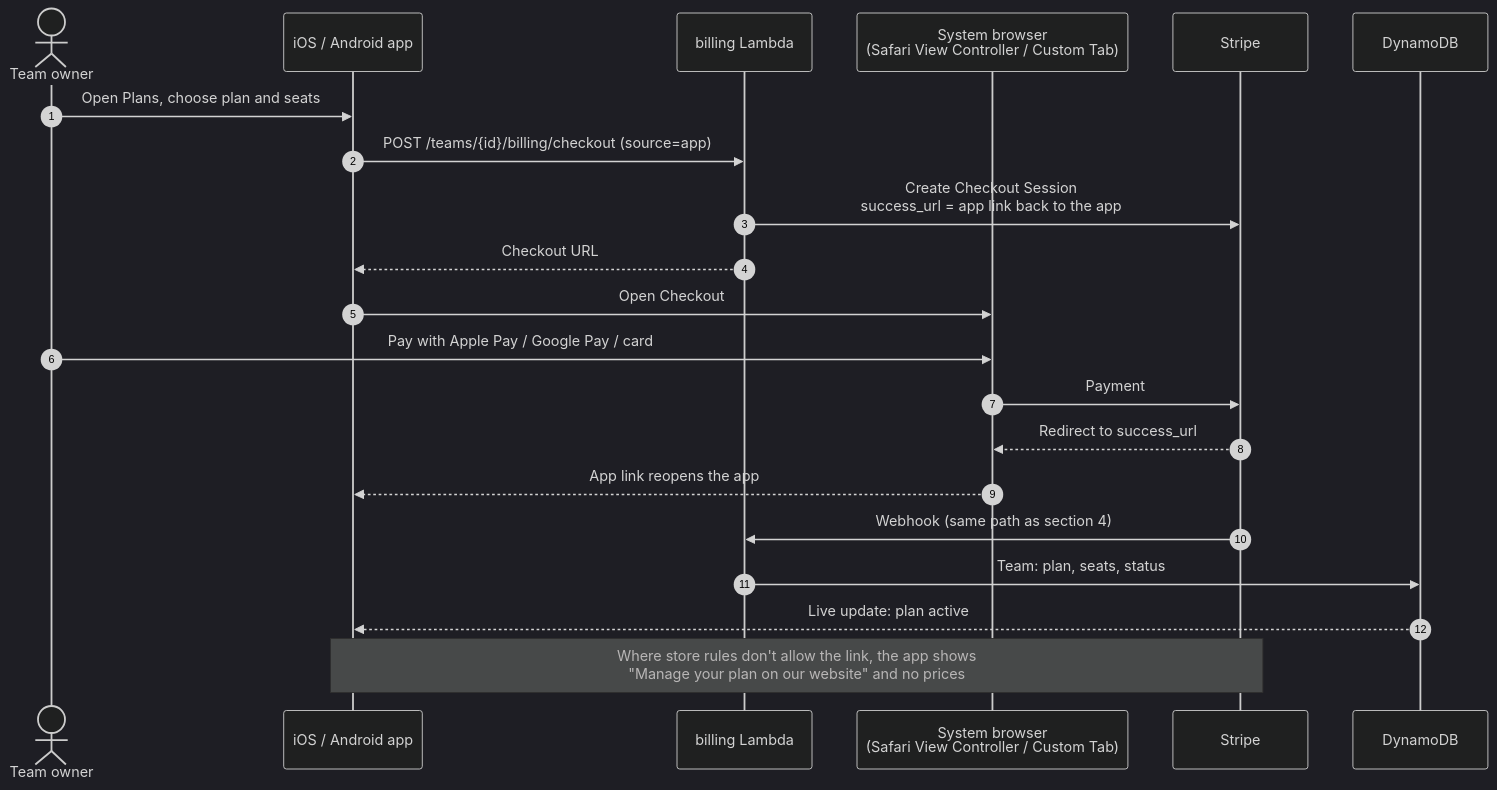
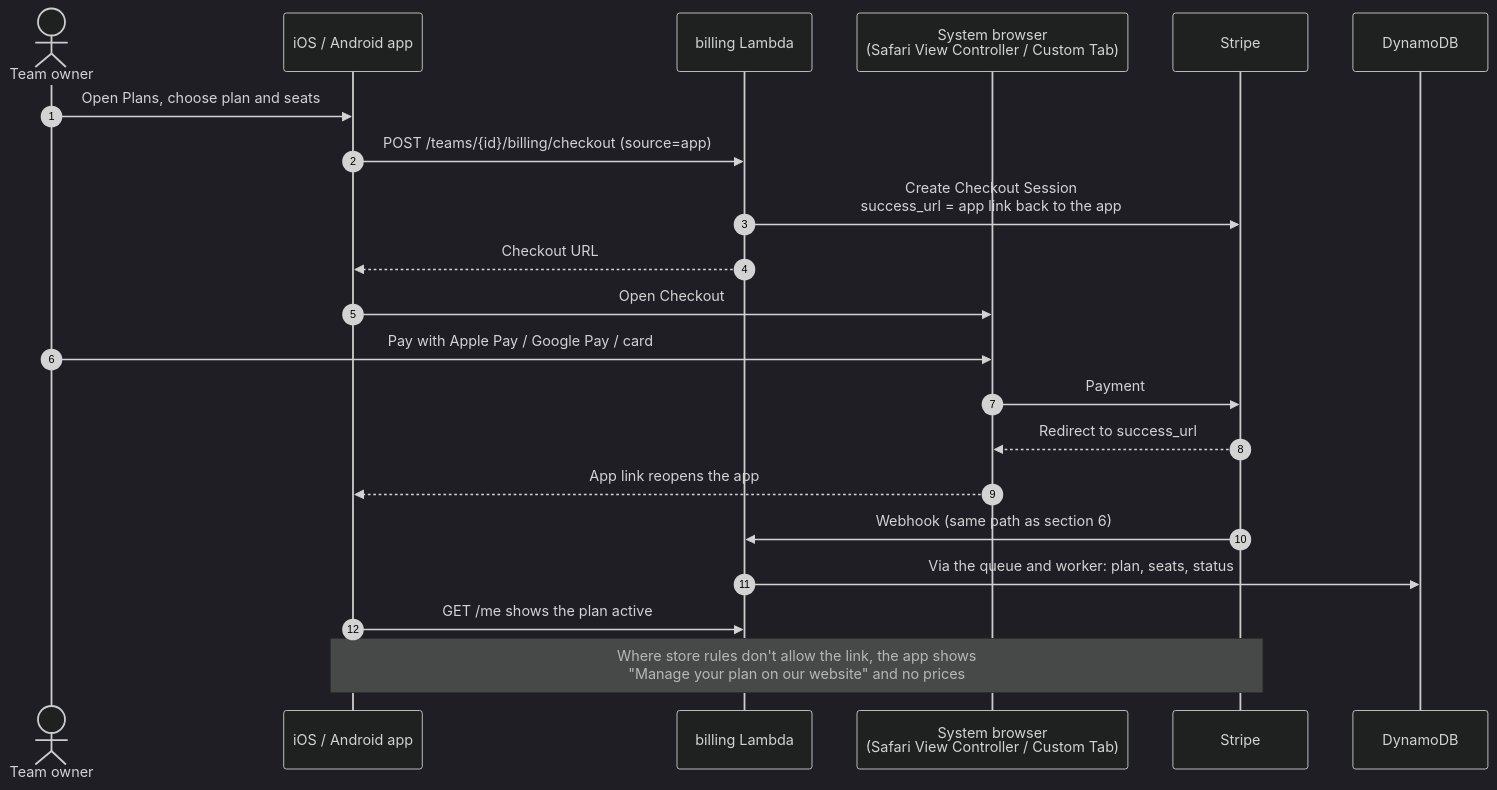
One commit to davetashner/supply-checkout changed the ninth of 12 diagrams in docs/architecture/README.md. Above: the diagram before and after it, drawn with Mermaid (dark theme). The commit also changed other lines of this file and 1 other file, not shown here.

First line of the commit message:
docs: add transaction and state diagrams and fix the billing flow (#45)

````diff
--- a/docs/architecture/README.md
+++ b/docs/architecture/README.md
@@ -180,24 +344,24 @@
 ```mermaid
 sequenceDiagram
   autonumber
   actor O as Team owner
   participant App as iOS / Android app
   participant API as billing Lambda
   participant Br as System browser<br/>(Safari View Controller / Custom Tab)
   participant S as Stripe
   participant DB as DynamoDB
 
   O->>App: Open Plans, choose plan and seats
   App->>API: POST /teams/{id}/billing/checkout (source=app)
   API->>S: Create Checkout Session<br/>success_url = app link back to the app
   API-->>App: Checkout URL
   App->>Br: Open Checkout
   O->>Br: Pay with Apple Pay / Google Pay / card
   Br->>S: Payment
   S-->>Br: Redirect to success_url
   Br-->>App: App link reopens the app
-  S->>API: Webhook (same path as section 4)
-  API->>DB: Team: plan, seats, status
-  DB-->>App: Live update: plan active
+  S->>API: Webhook (same path as section 6)
+  API->>DB: Via the queue and worker: plan, seats, status
+  App->>API: GET /me shows the plan active
   Note over App,S: Where store rules don't allow the link, the app shows<br/>"Manage your plan on our website" and no prices
 ```
````
